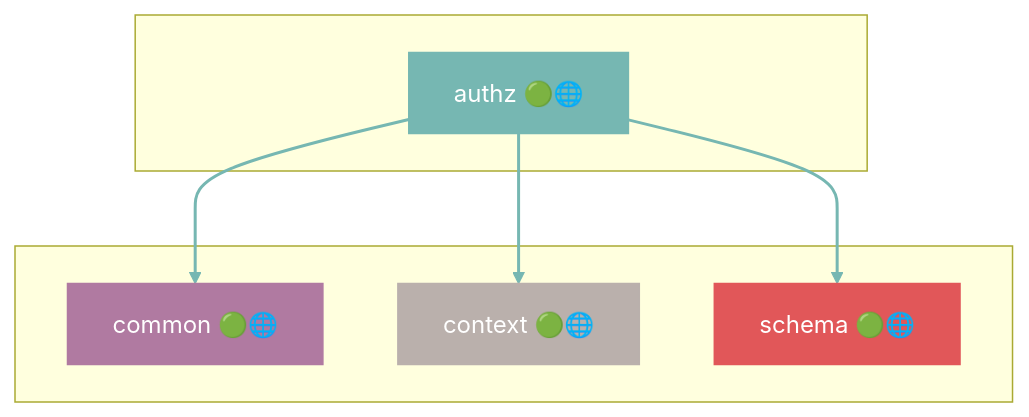
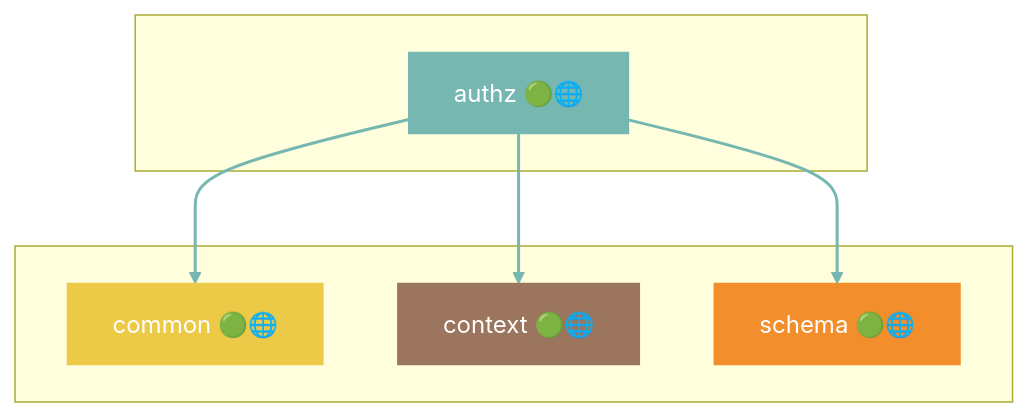
The fifth of 50 diagrams in docs/DEPENDENCIES.md (grest-ts/grest-ts), drawn with Mermaid before and after one commit. The commit also changed other lines of this file and 57 other files, not shown here.

````diff
--- a/docs/DEPENDENCIES.md
+++ b/docs/DEPENDENCIES.md
@@ -589,21 +583,21 @@
 ```mermaid
 flowchart TB
     subgraph Package[" "]
         authz["authz 🟢🌐"]
     end
     subgraph Dependencies[" "]
         common["common 🟢🌐"]
         context["context 🟢🌐"]
         schema["schema 🟢🌐"]
     end
     authz --> common
     authz --> context
     authz --> schema
     style authz fill:#76B7B2,stroke:#76B7B2,color:#fff
-    style common fill:#B07AA1,stroke:#B07AA1,color:#fff
-    style context fill:#BAB0AC,stroke:#BAB0AC,color:#fff
-    style schema fill:#E15759,stroke:#E15759,color:#fff
+    style common fill:#EDC948,stroke:#EDC948,color:#fff
+    style context fill:#9C755F,stroke:#9C755F,color:#fff
+    style schema fill:#F28E2B,stroke:#F28E2B,color:#fff
     linkStyle 0 stroke:#76B7B2,stroke-width:2px
     linkStyle 1 stroke:#76B7B2,stroke-width:2px
     linkStyle 2 stroke:#76B7B2,stroke-width:2px
 ```
````
